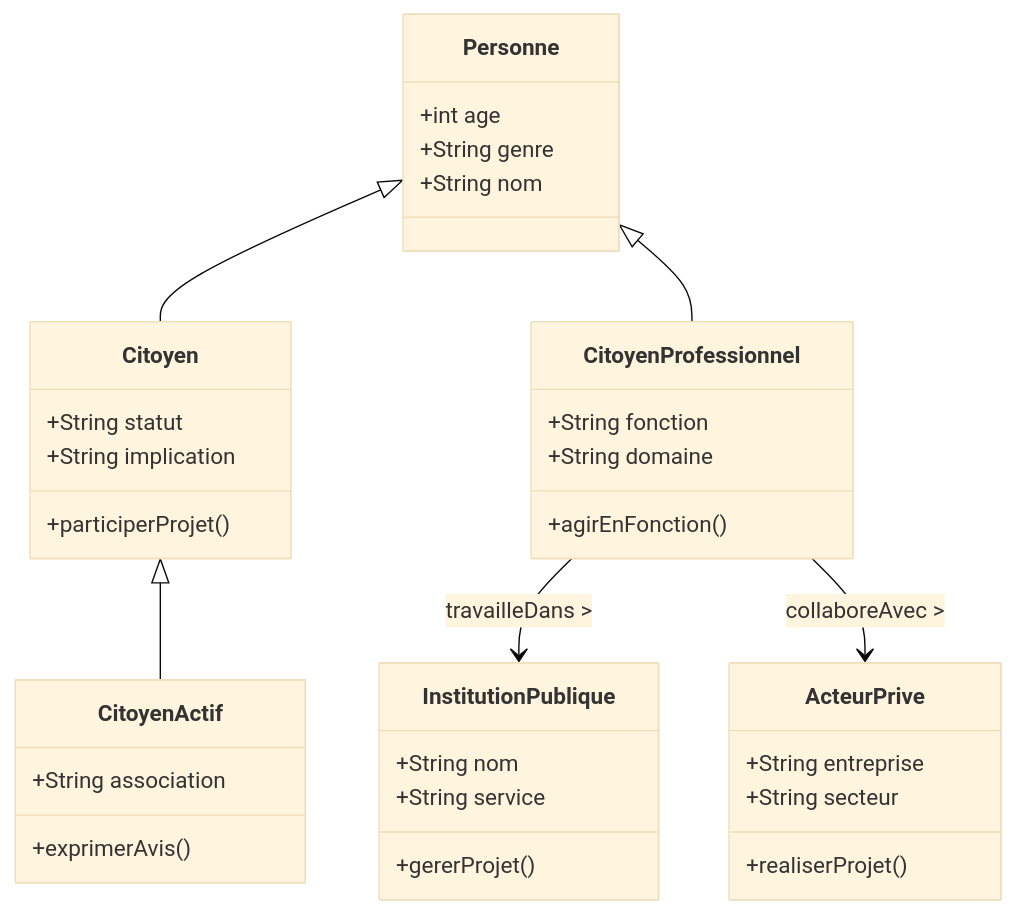
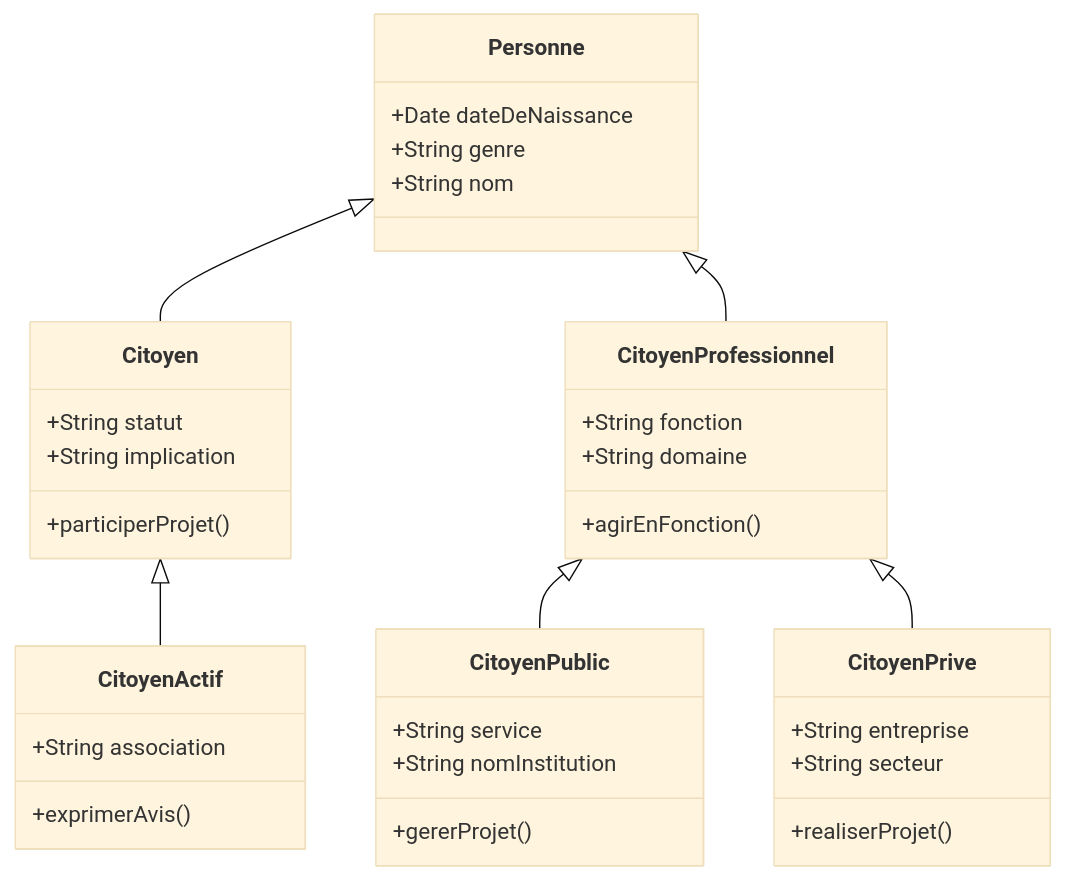
One commit to kahiarchi/plaine---saint--Denis---batiment- changed the diagram in acteurskahiachi3.md. Above: the diagram before and after it, drawn with Mermaid (base theme).

````diff
--- a/acteurskahiachi3.md
+++ b/acteurskahiachi3.md
@@ -1,47 +1,43 @@
 ```mermaid
 classDiagram
-    %% Hiérarchie des individus
     Personne <|-- Citoyen
+    Citoyen <|-- CitoyenActif
     Personne <|-- CitoyenProfessionnel
-    Citoyen <|-- CitoyenActif
-
-    %% Associations du citoyen professionnel avec les structures
-    CitoyenProfessionnel --> InstitutionPublique : travailleDans >
-    CitoyenProfessionnel --> ActeurPrive : collaboreAvec >
+    CitoyenProfessionnel <|-- CitoyenPublic
+    CitoyenProfessionnel <|-- CitoyenPrive
 
   class Personne {
-     +int age
+     +Date   dateDeNaissance
      +String genre
      +String nom
   }
 
   class Citoyen {
      +String statut 
      +String implication
      +participerProjet()
   }
 
   class CitoyenActif {
      +String association
      +exprimerAvis()
   }
 
   class CitoyenProfessionnel {
      +String fonction
      +String domaine
      +agirEnFonction()
   }
 
-  class InstitutionPublique {
-     +String nom
+  class CitoyenPublic {
      +String service
+     +String nomInstitution
      +gererProjet()
   }
 
-  class ActeurPrive {
+  class CitoyenPrive {
      +String entreprise
      +String secteur
      +realiserProjet()
   }
-  
 ```
````
